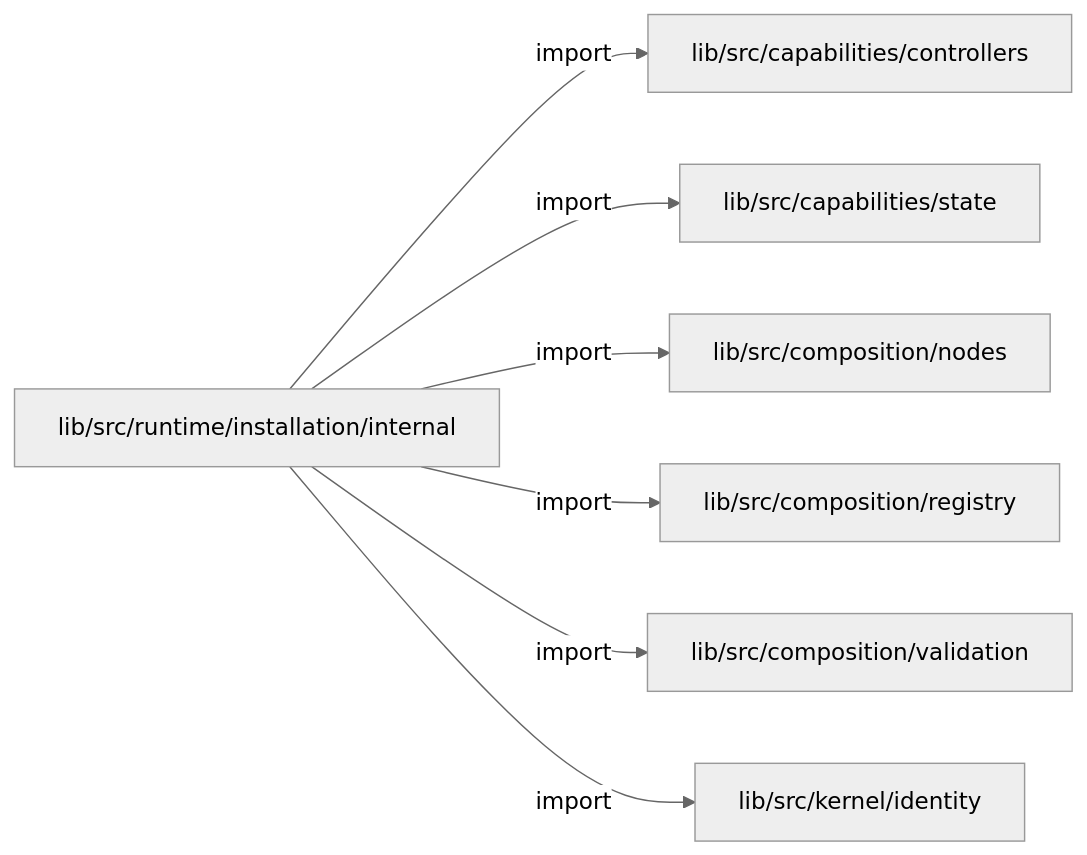
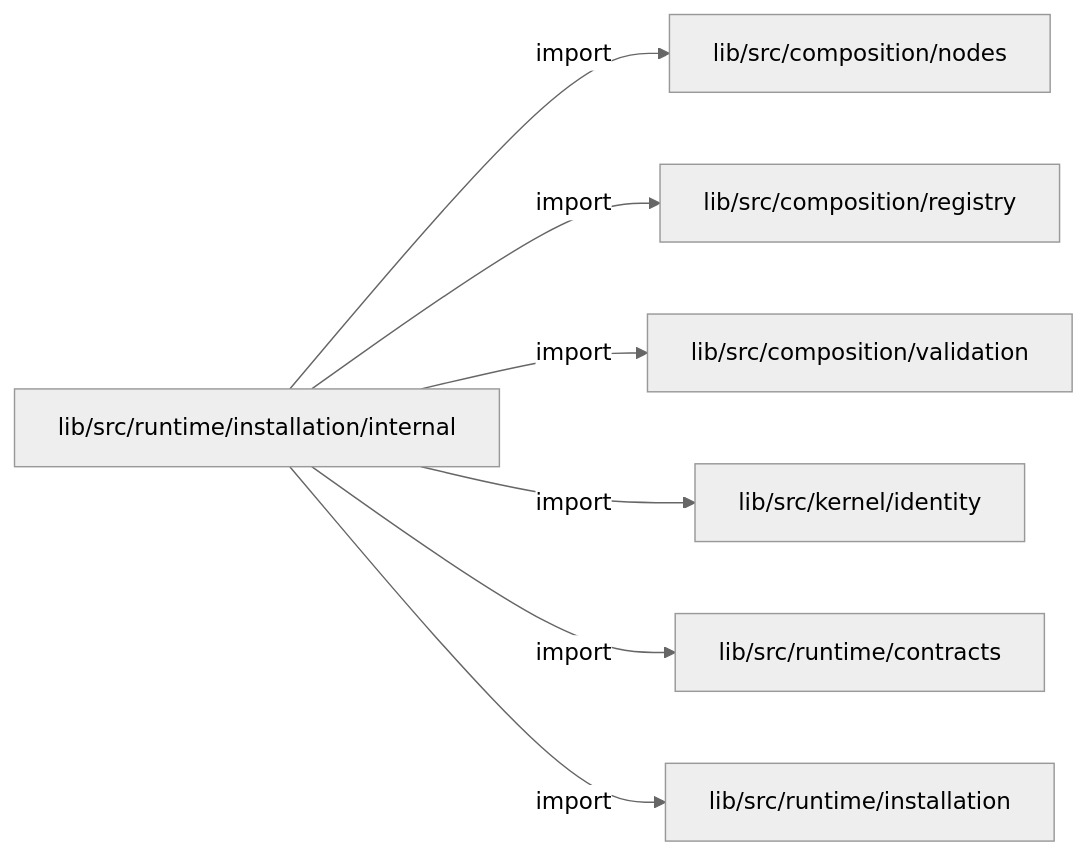
Before and after one commit to MiuDog/Kallopis: the first of 2 diagrams in docs/architecture/src/runtime/installation/internal/README.md, drawn with Mermaid (neutral theme). The commit also changed other lines of this file and 9688 other files, not shown here.

Commit message:
Prepare isolated Flow F2 peer baseline

````diff
--- a/docs/architecture/src/runtime/installation/internal/README.md
+++ b/docs/architecture/src/runtime/installation/internal/README.md
@@ -13,16 +13,16 @@
 ```mermaid
 flowchart LR
 	n0["lib/src/runtime/installation/internal"]
-	n1["lib/src/capabilities/controllers"]
-	n2["lib/src/capabilities/state"]
-	n3["lib/src/composition/nodes"]
-	n4["lib/src/composition/registry"]
-	n5["lib/src/composition/validation"]
-	n6["lib/src/kernel/identity"]
+	n1["lib/src/composition/nodes"]
+	n2["lib/src/composition/registry"]
+	n3["lib/src/composition/validation"]
+	n4["lib/src/kernel/identity"]
+	n5["lib/src/runtime/contracts"]
+	n6["lib/src/runtime/installation"]
 	n0 -->|"import"| n1
 	n0 -->|"import"| n2
 	n0 -->|"import"| n3
 	n0 -->|"import"| n4
 	n0 -->|"import"| n5
 	n0 -->|"import"| n6
 ```
````
